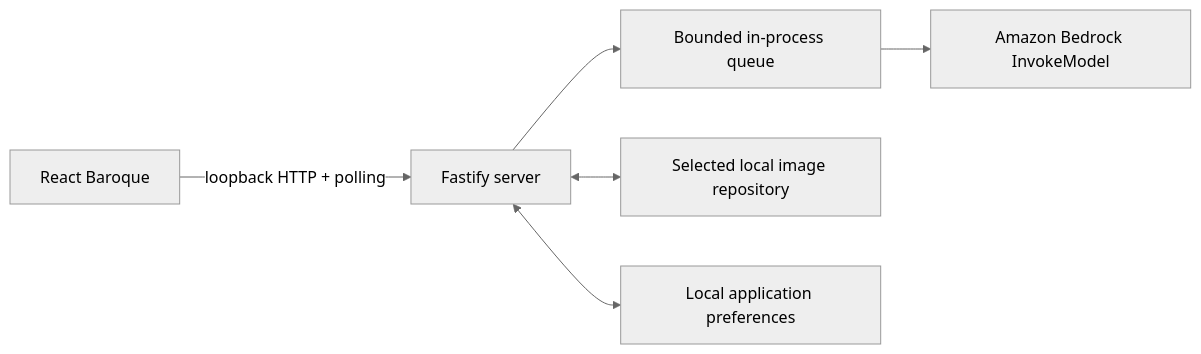
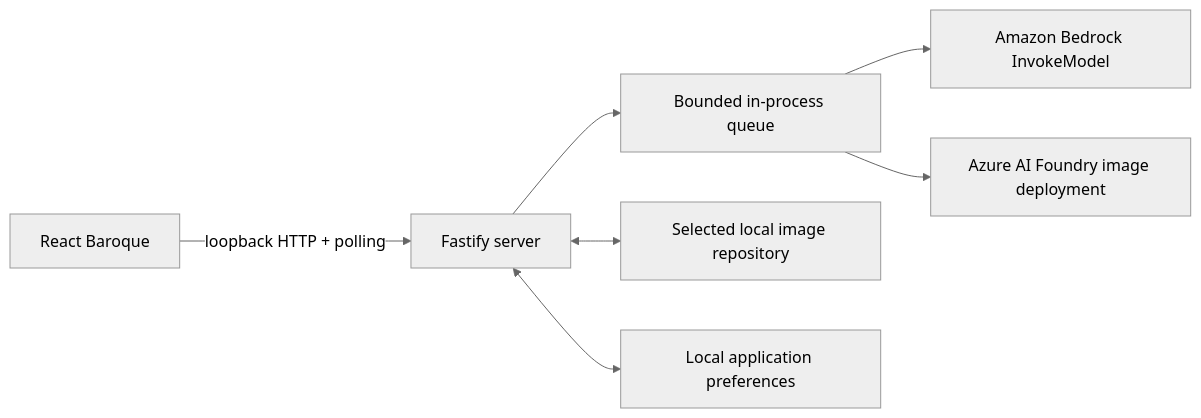
The diagram in docs/architecture.md (harryyuncheng/ImageGenerationHarness), drawn with Mermaid (neutral theme) before and after one commit. The commit also changed other lines of this file and 44 other files, not shown here.

Commit message:
added azure as a provider, with oai image models

````diff
--- a/docs/architecture.md
+++ b/docs/architecture.md
@@ -3,8 +3,9 @@
 ```mermaid
 flowchart LR
     Browser[React Baroque] -->|loopback HTTP + polling| Fastify[Fastify server]
     Fastify --> Queue[Bounded in-process queue]
     Queue --> Bedrock[Amazon Bedrock InvokeModel]
+    Queue --> Foundry[Azure AI Foundry image deployment]
     Fastify <--> Repository[Selected local image repository]
     Fastify <--> Preferences[Local application preferences]
 ```
````
